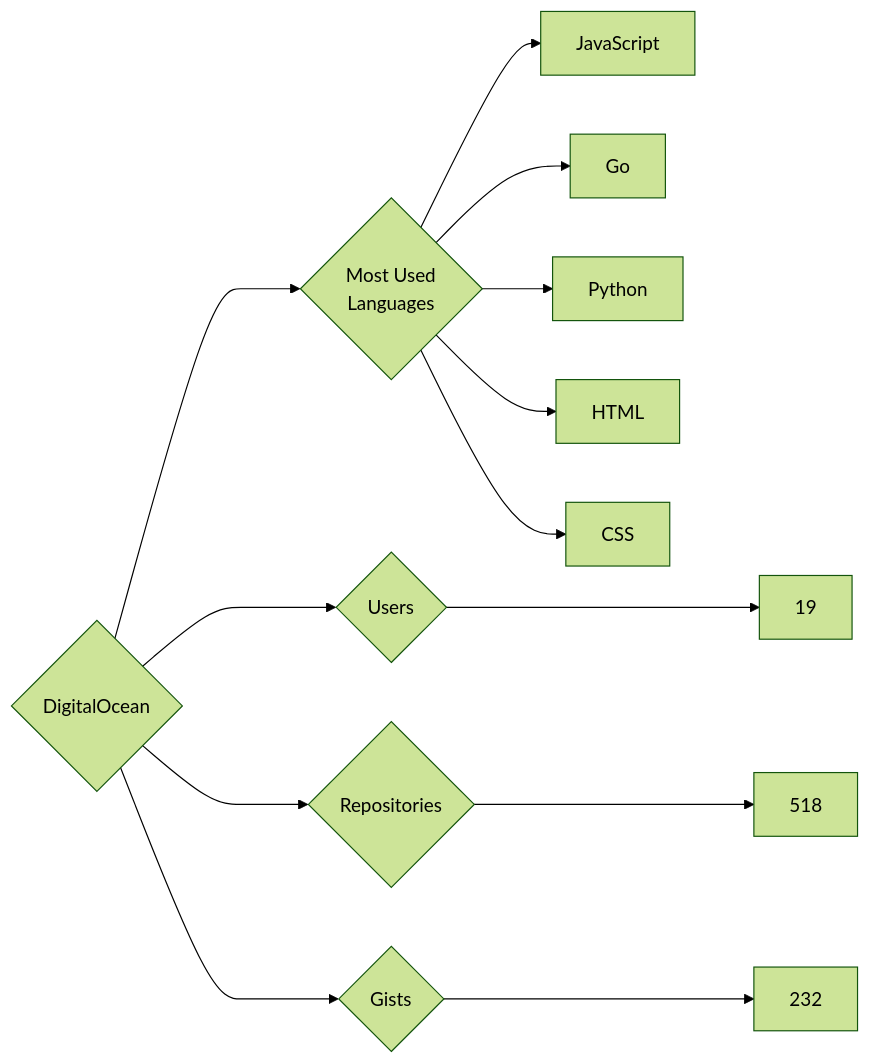
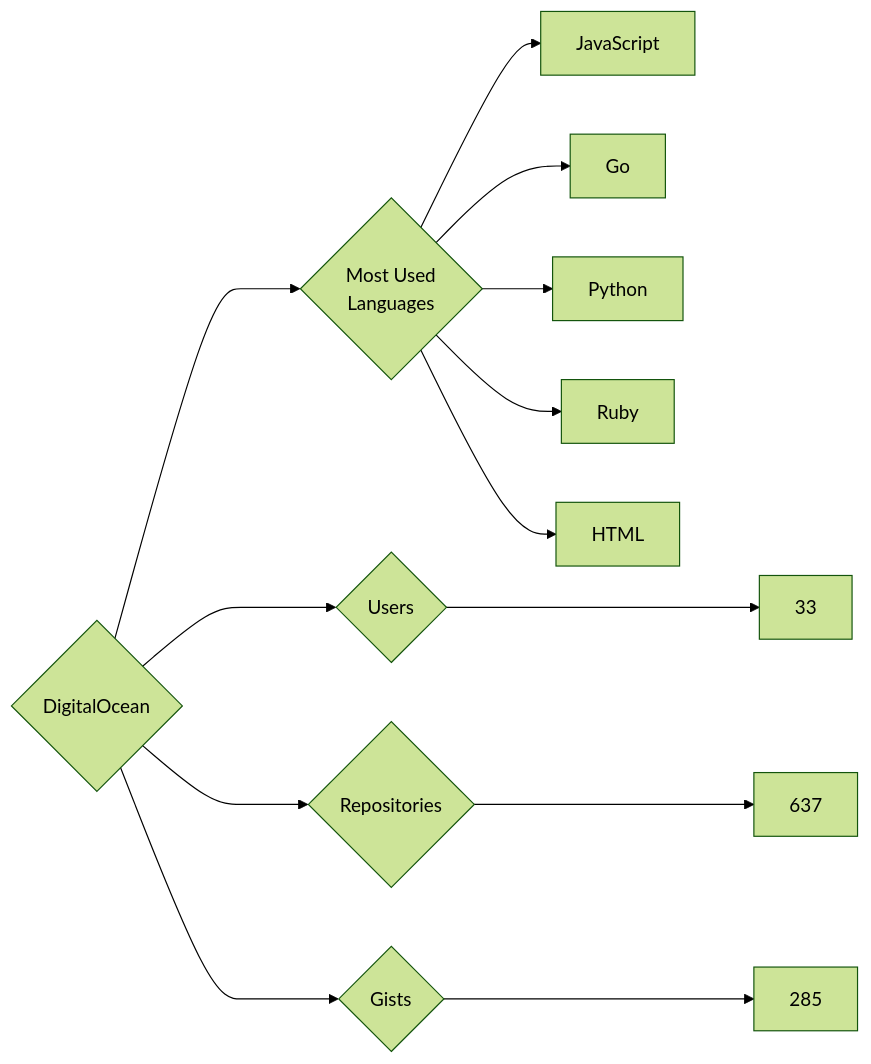
Before and after one commit to trickest/insiders: the diagram in targets/DigitalOcean/README.md, drawn with Mermaid (forest theme). The commit also changed 826 other files, not shown here.

````diff
--- a/targets/DigitalOcean/README.md
+++ b/targets/DigitalOcean/README.md
@@ -3,13 +3,13 @@
 ```mermaid
 graph LR
 COMPANY_NAME{DigitalOcean}
-COMPANY_NAME ---> U{Users} ---> UN[19]
-COMPANY_NAME ---> R{Repositories} ---> RN[518]
-COMPANY_NAME ---> G{Gists} ---> GN[232]
+COMPANY_NAME ---> U{Users} ---> UN[33]
+COMPANY_NAME ---> R{Repositories} ---> RN[637]
+COMPANY_NAME ---> G{Gists} ---> GN[285]
 COMPANY_NAME ---> ML{Most Used<br>Languages}
 ML --> JavaScript[JavaScript]
 ML --> Go[Go]
 ML --> Python[Python]
+ML --> Ruby[Ruby]
 ML --> HTML[HTML]
-ML --> CSS[CSS]
 ```
````
